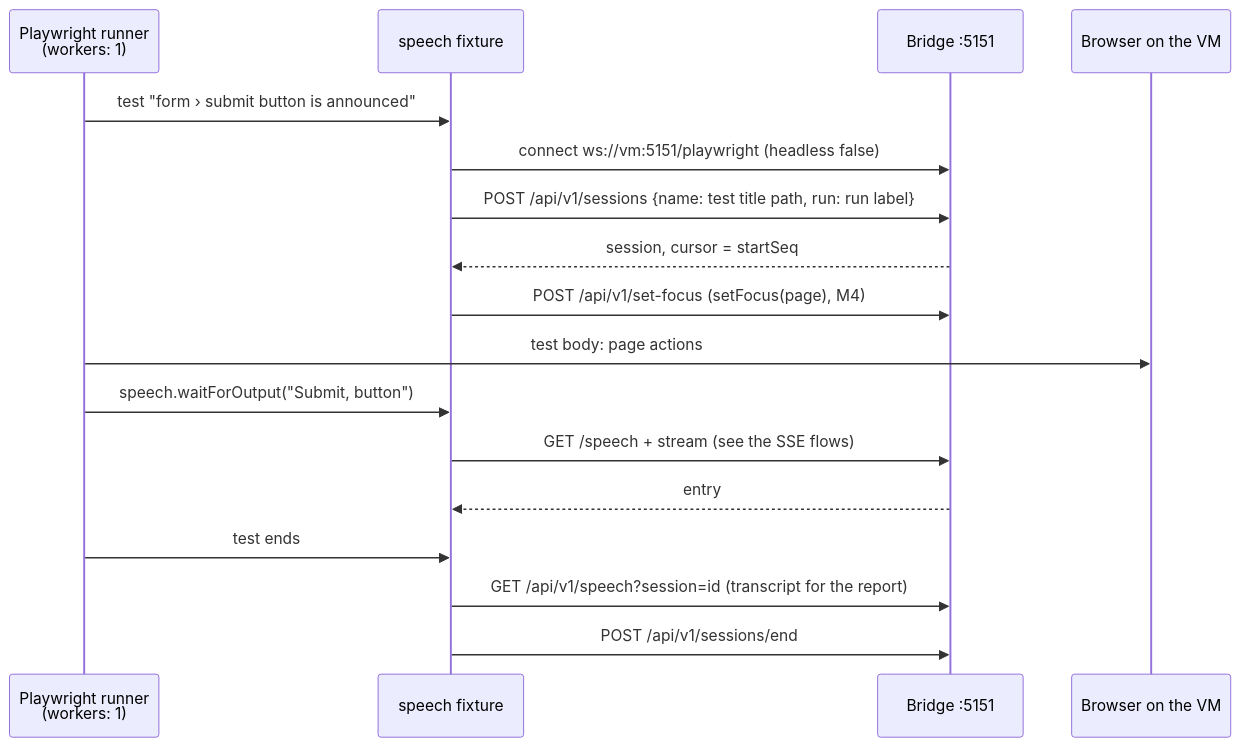
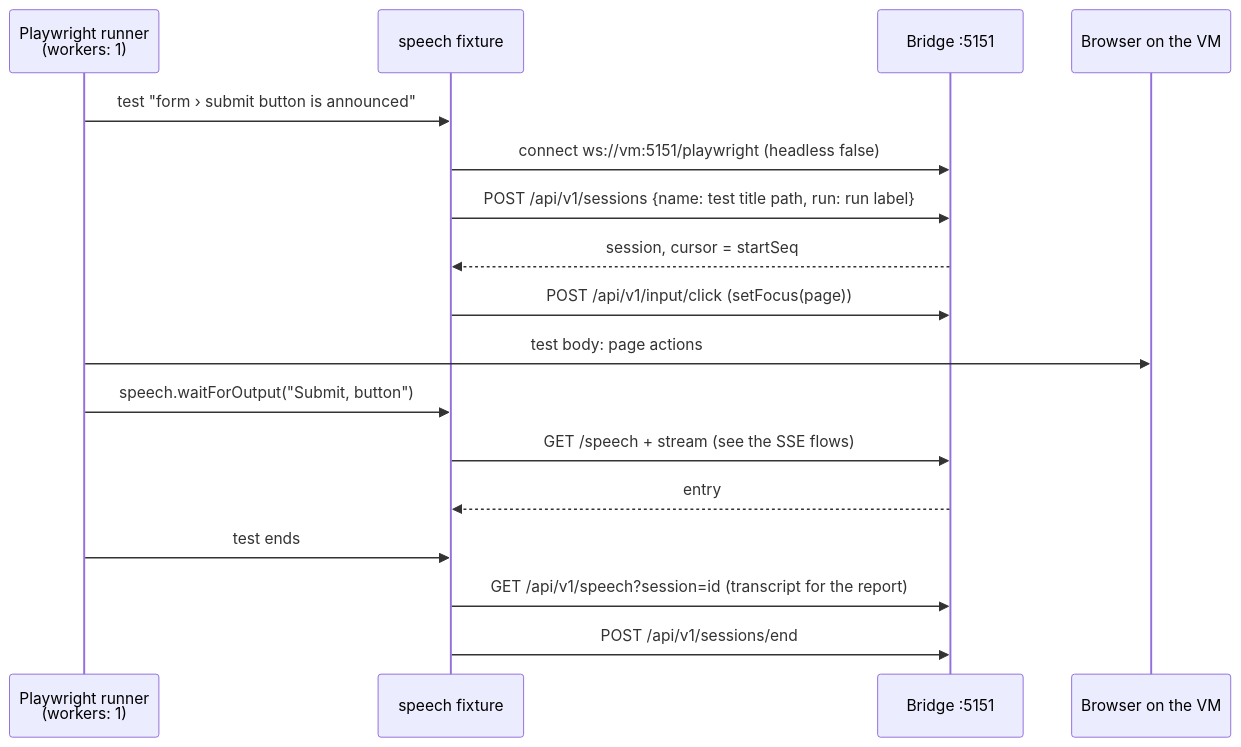
Before and after one commit to TimoSto/screenreader-speech-capture: the second of 5 diagrams in docs/usage/flows/playwright-mcp.md, drawn with Mermaid. The commit also changed 73 other files, not shown here.

````diff
--- a/docs/usage/flows/playwright-mcp.md
+++ b/docs/usage/flows/playwright-mcp.md
@@ -47,20 +47,20 @@
 ```mermaid
 sequenceDiagram
     participant R as Playwright runner<br/>(workers: 1)
     participant F as speech fixture
     participant B as Bridge :5151
     participant Br as Browser on the VM
 
     R->>F: test "form › submit button is announced"
     F->>B: connect ws://vm:5151/playwright (headless false)
     F->>B: POST /api/v1/sessions {name: test title path, run: run label}
     B-->>F: session, cursor = startSeq
-    F->>B: POST /api/v1/set-focus (setFocus(page), M4)
+    F->>B: POST /api/v1/input/click (setFocus(page))
     R->>Br: test body: page actions
     R->>F: speech.waitForOutput("Submit, button")
     F->>B: GET /speech + stream (see the SSE flows)
     B-->>F: entry
     R->>F: test ends
     F->>B: GET /api/v1/speech?session=id (transcript for the report)
     F->>B: POST /api/v1/sessions/end
 ```
````
